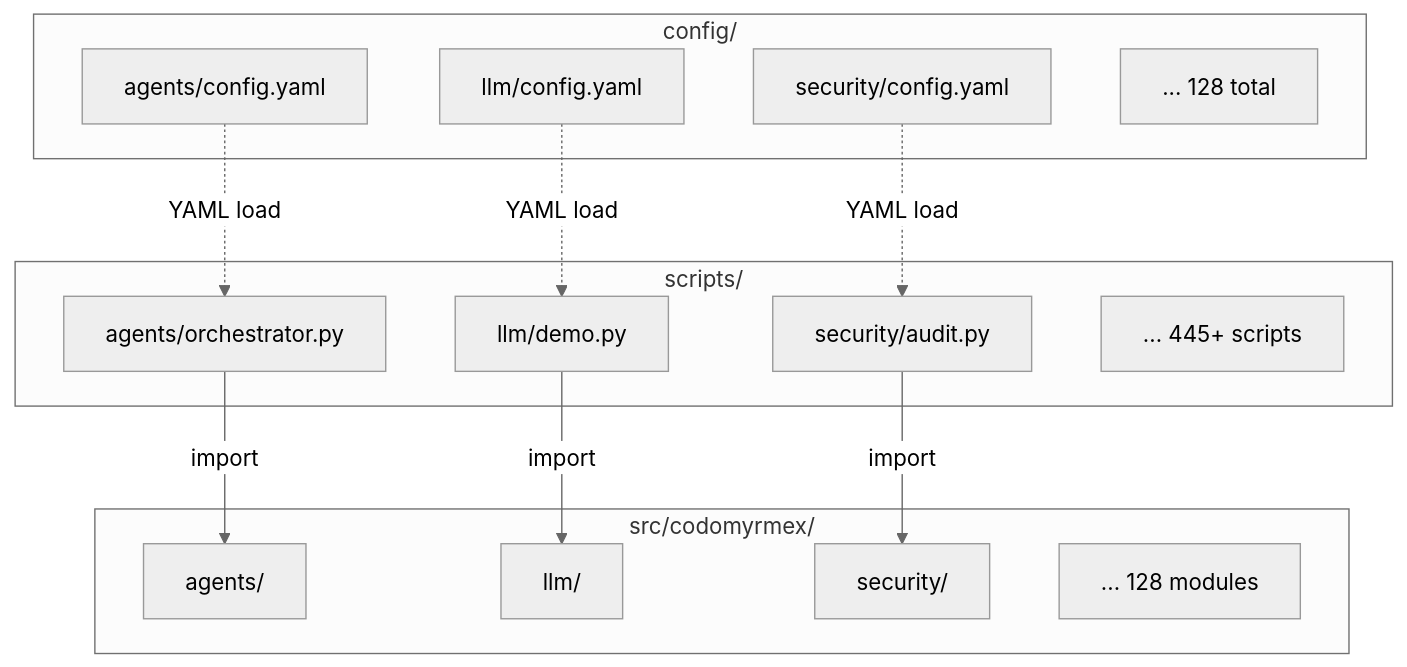
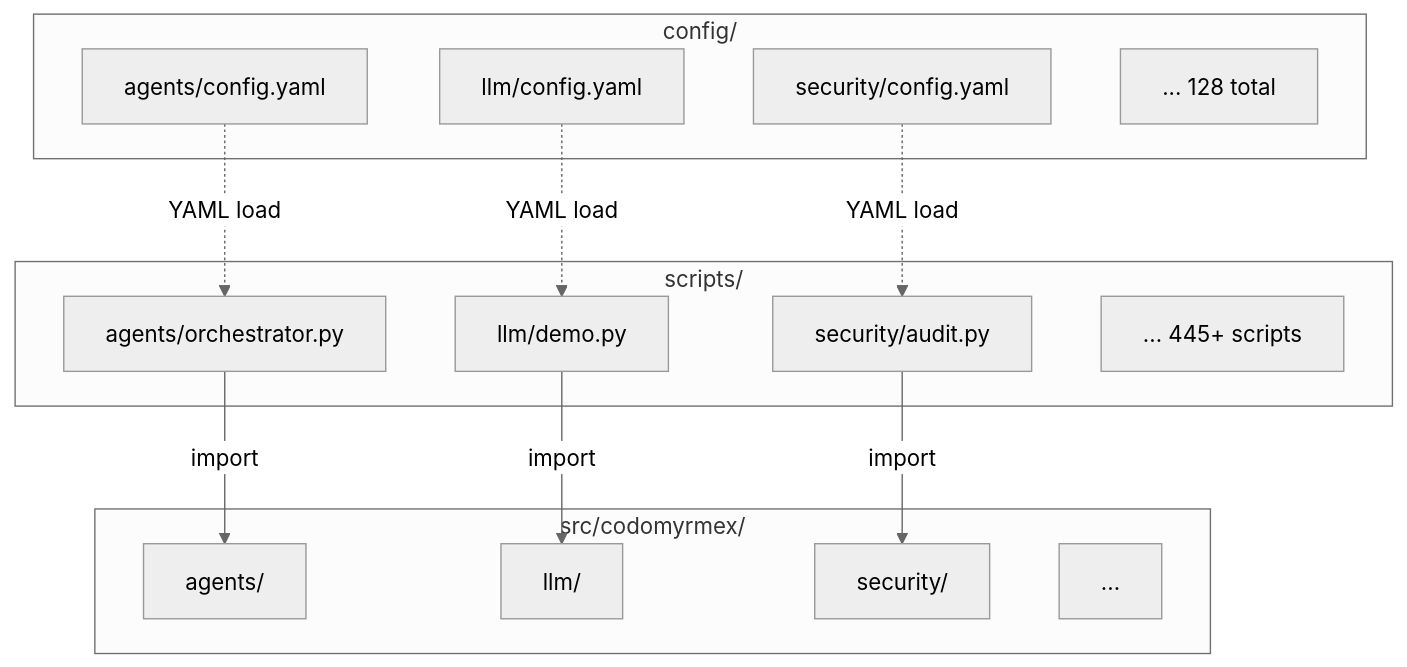
One commit to docxology/codomyrmex changed the sixth of 7 diagrams in .github/README.md. Above: the diagram before and after it, drawn with Mermaid (neutral theme). The commit also changed other lines of this file and 37 other files, not shown here.

````diff
--- a/.github/README.md
+++ b/.github/README.md
@@ -598,30 +598,30 @@
 ```mermaid
 graph TB
     subgraph ConfigRoot["config/"]
         C1["agents/config.yaml"]
         C2["llm/config.yaml"]
         C3["security/config.yaml"]
         Cdots["... 128 total"]
     end
 
     subgraph Scripts["scripts/"]
         S1["agents/orchestrator.py"]
         S2["llm/demo.py"]
         S3["security/audit.py"]
         Sdots["... 445+ scripts"]
     end
 
     subgraph Source["src/codomyrmex/"]
         Src1["agents/"]
         Src2["llm/"]
         Src3["security/"]
-        SrcDots["... 128 modules"]
+        SrcDots["..."]
     end
 
     C1 -.->|"YAML load"| S1
     C2 -.->|"YAML load"| S2
     C3 -.->|"YAML load"| S3
     S1 -->|"import"| Src1
     S2 -->|"import"| Src2
     S3 -->|"import"| Src3
 ```
````
